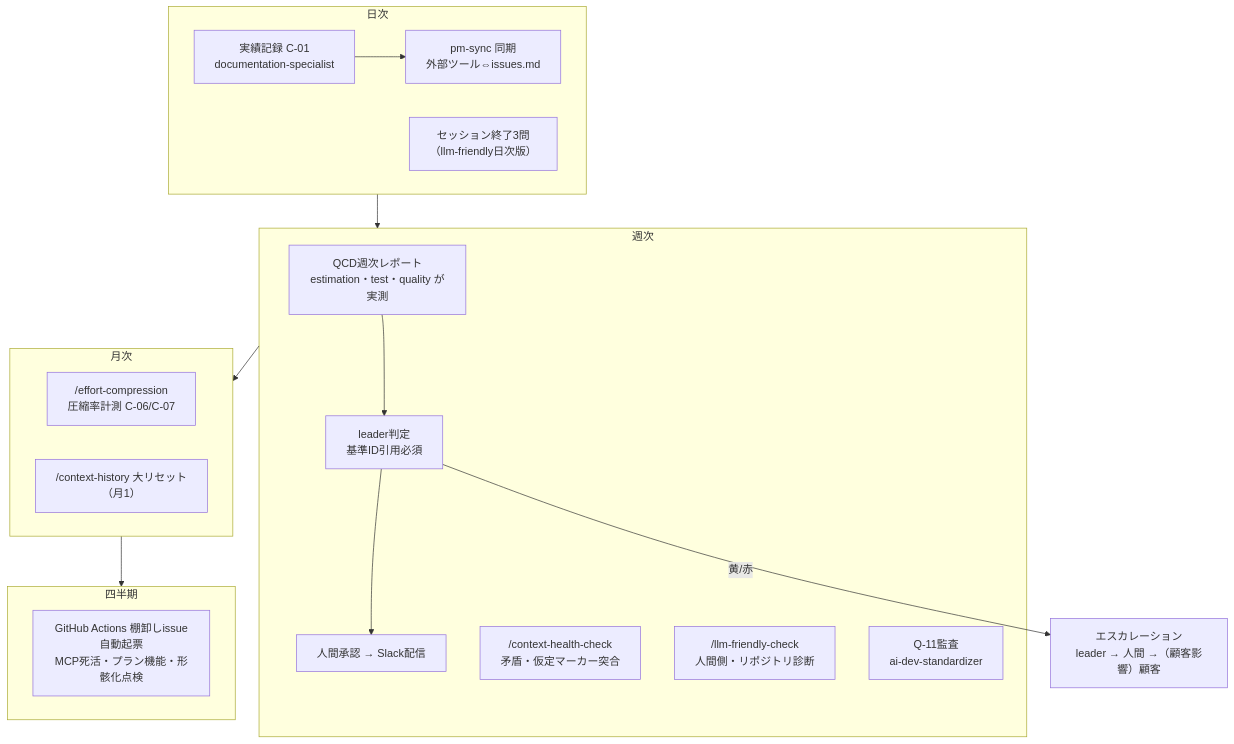
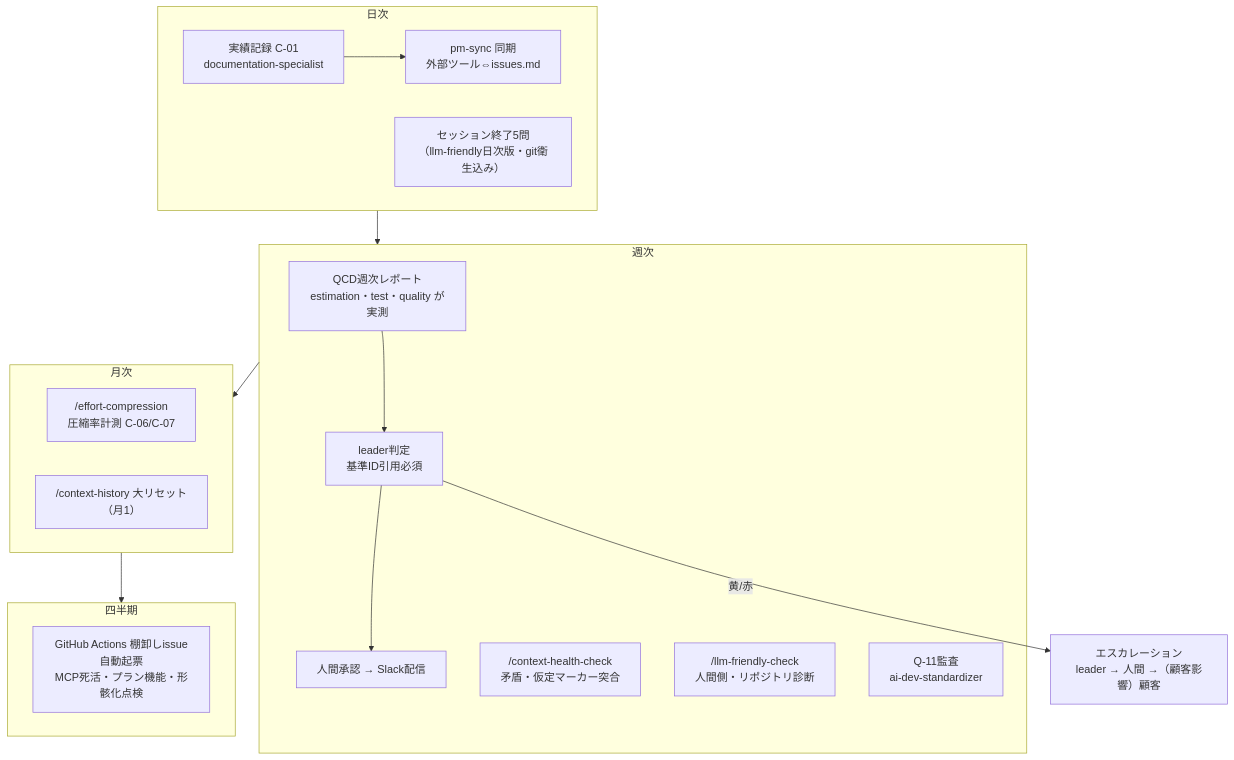
The third of 4 diagrams in docs/flow-map.md (CT-masato-hino/claude-code-project-pack), drawn with Mermaid before and after one commit. The commit also changed 7 other files, not shown here.

````diff
--- a/docs/flow-map.md
+++ b/docs/flow-map.md
@@ -73,27 +73,27 @@
 ```mermaid
 flowchart TD
     subgraph DAILY["日次"]
         D1["実績記録 C-01<br/>documentation-specialist"] --> D2["pm-sync 同期<br/>外部ツール⇔issues.md"]
-        D3["セッション終了3問<br/>（llm-friendly日次版）"]
+        D3["セッション終了5問<br/>（llm-friendly日次版・git衛生込み）"]
     end
 
     subgraph WEEKLY["週次"]
         W1["QCD週次レポート<br/>estimation・test・quality が実測"] --> W2["leader判定<br/>基準ID引用必須"]
         W2 --> W3["人間承認 → Slack配信"]
         W4["/context-health-check<br/>矛盾・仮定マーカー突合"]
         W5["/llm-friendly-check<br/>人間側・リポジトリ診断"]
         W6["Q-11監査<br/>ai-dev-standardizer"]
     end
 
     subgraph MONTHLY["月次"]
         M1["/effort-compression<br/>圧縮率計測 C-06/C-07"]
         M2["/context-history 大リセット<br/>（月1）"]
     end
 
     subgraph QUARTERLY["四半期"]
         Q1["GitHub Actions 棚卸しissue自動起票<br/>MCP死活・プラン機能・形骸化点検"]
     end
 
     DAILY --> WEEKLY --> MONTHLY --> QUARTERLY
     W2 -->|黄/赤| ESC["エスカレーション<br/>leader → 人間 →（顧客影響）顧客"]
 ```
````
